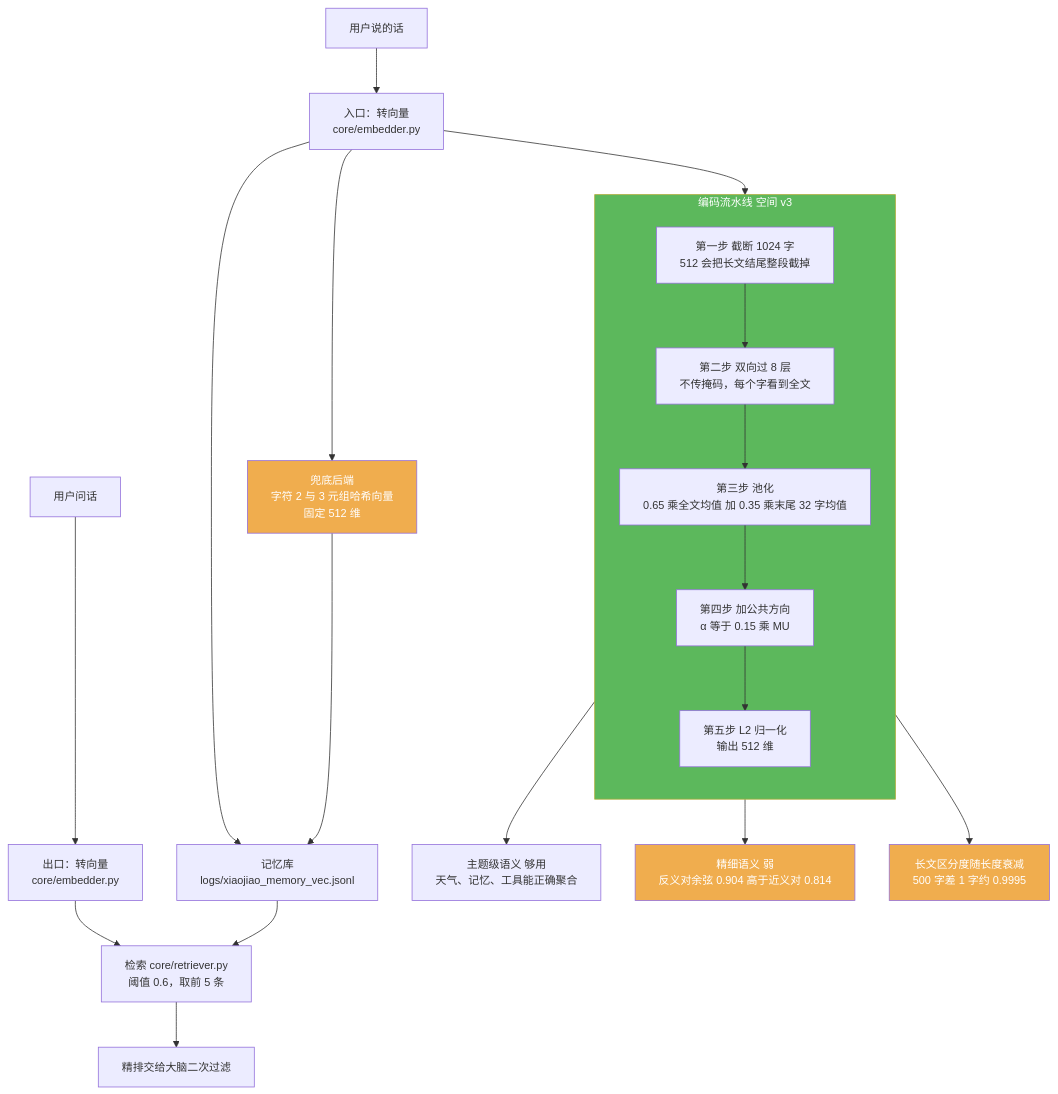
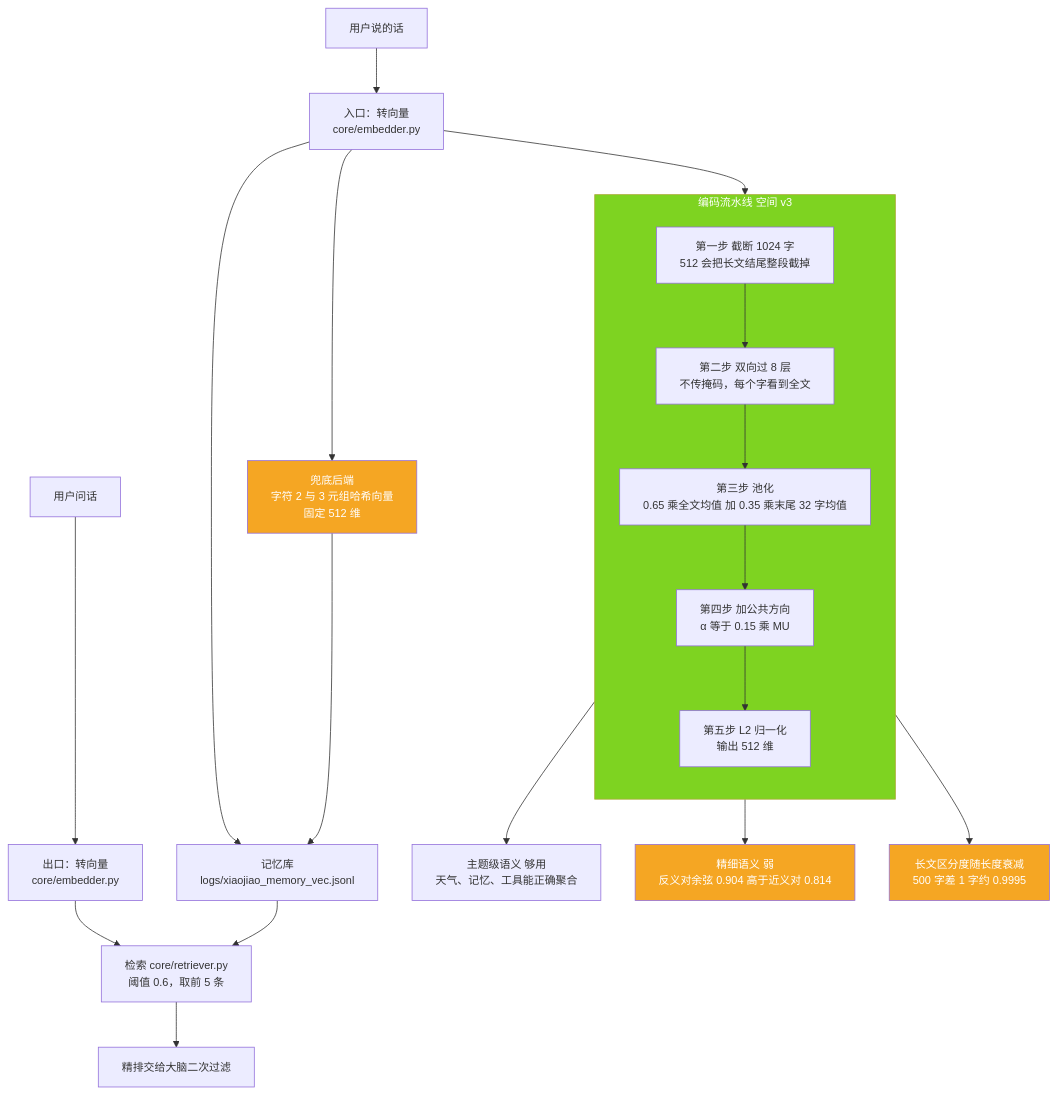
The sixth of 9 diagrams in docs/modules/11-post-chapters.md (jiangchuangege/xiaojiao-harnees), drawn with Mermaid before and after one commit. The commit also changed other lines of this file and 32 other files, not shown here.

Commit message:
统一：全仓原理图配色到一套调色板 + 给 12 张灰图补色 + 修正自己会睡那张过期图

````diff
--- a/docs/modules/11-post-chapters.md
+++ b/docs/modules/11-post-chapters.md
@@ -936,36 +936,36 @@
 ```mermaid
 %%{init: {"themeVariables": {"fontSize": "14px"}, "flowchart": {"htmlLabels": true, "wrappingWidth": 340, "nodeSpacing": 44, "rankSpacing": 58, "useMaxWidth": true}}}%%
 flowchart TB
     IN["用户说的话"] --> E1["入口：转向量<br/>core/embedder.py"]
     Q["用户问话"] --> E2["出口：转向量<br/>core/embedder.py"]
     E1 --> STORE["记忆库<br/>logs/xiaojiao_memory_vec.jsonl"]
     E2 --> RET["检索 core/retriever.py<br/>阈值 0.6，取前 5 条"]
     STORE --> RET
     RET --> BRAIN["精排交给大脑二次过滤"]
 
     E1 --> PIPE
     subgraph PIPE["编码流水线 空间 v3"]
         direction TB
         X1["第一步 截断 1024 字<br/>512 会把长文结尾整段截掉"]
         X2["第二步 双向过 8 层<br/>不传掩码，每个字看到全文"]
         X3["第三步 池化<br/>0.65 乘全文均值 加 0.35 乘末尾 32 字均值"]
         X4["第四步 加公共方向<br/>α 等于 0.15 乘 MU"]
         X5["第五步 L2 归一化<br/>输出 512 维"]
         X1 --> X2
         X2 --> X3
         X3 --> X4
         X4 --> X5
     end
 
     X5 --> B1["主题级语义 够用<br/>天气、记忆、工具能正确聚合"]
     X5 --> B2["精细语义 弱<br/>反义对余弦 0.904 高于近义对 0.814"]
     X5 --> B3["长文区分度随长度衰减<br/>500 字差 1 字约 0.9995"]
 
     E1 --> FB["兜底后端<br/>字符 2 与 3 元组哈希向量<br/>固定 512 维"]
     FB --> STORE
 
-    style PIPE fill:#5cb85c,color:#fff
-    style B2 fill:#f0ad4e,color:#fff
-    style B3 fill:#f0ad4e,color:#fff
-    style FB fill:#f0ad4e,color:#fff
+    style PIPE fill:#7ED321,color:#fff
+    style B2 fill:#F5A623,color:#fff
+    style B3 fill:#F5A623,color:#fff
+    style FB fill:#F5A623,color:#fff
 ```
````
